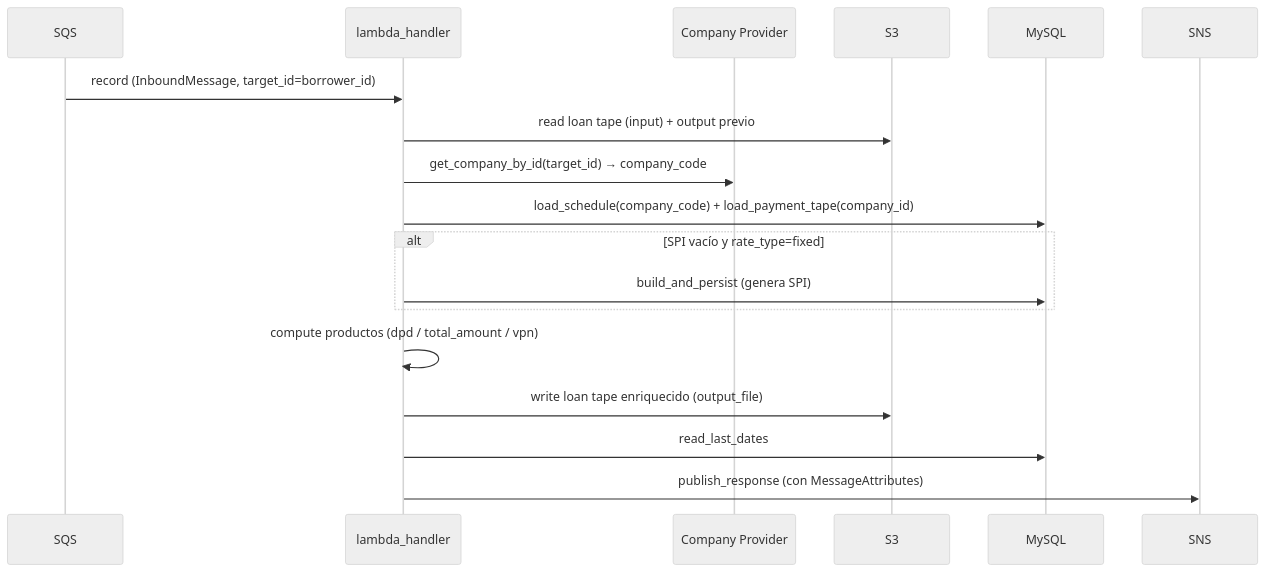
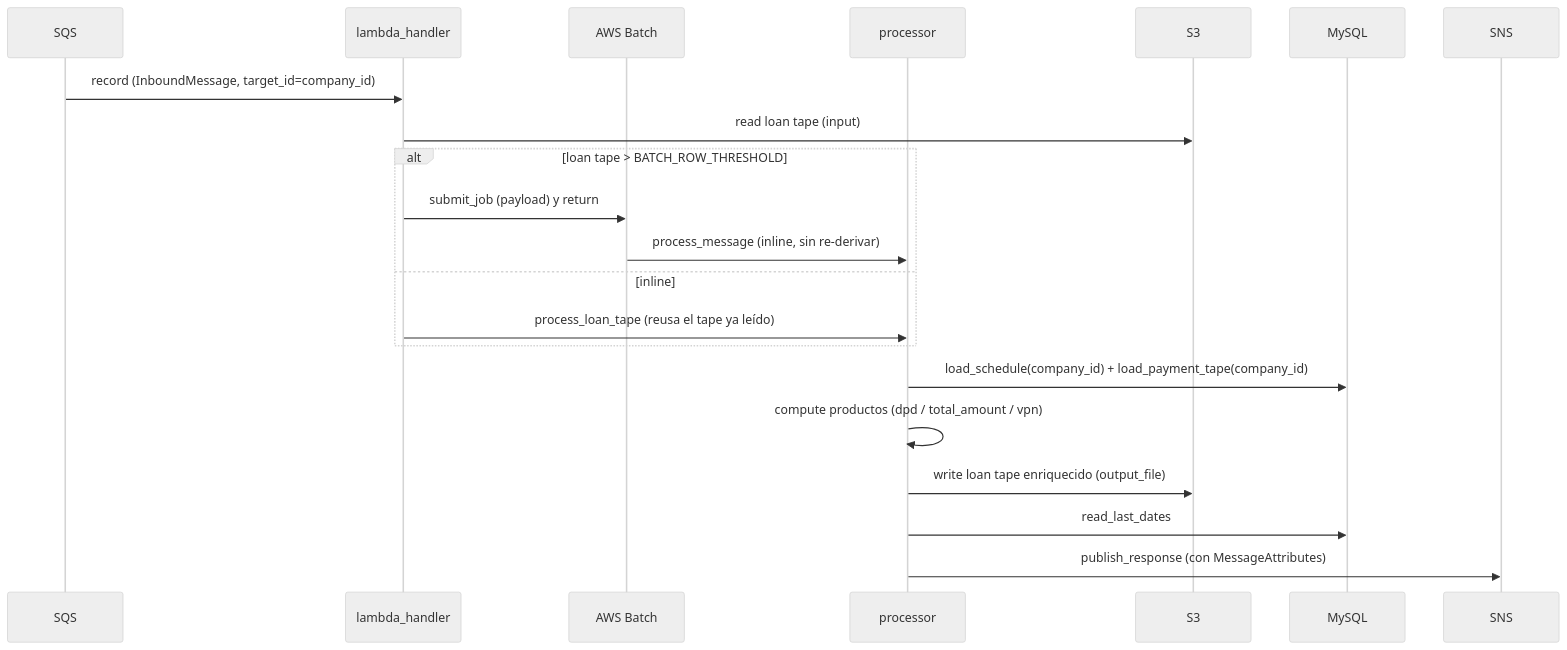
The diagram in docs/how-to-run/execute.md (getvaas/days_past_due), drawn with Mermaid (neutral theme) before and after one commit. The commit also changed other lines of this file and 28 other files, not shown here.

````diff
--- a/docs/how-to-run/execute.md
+++ b/docs/how-to-run/execute.md
@@ -32,20 +21,23 @@
 ```mermaid
 sequenceDiagram
     participant SQS
     participant H as lambda_handler
-    participant CP as Company Provider
+    participant B as AWS Batch
+    participant P as processor
     participant S3
     participant DB as MySQL
     participant SNS
-    SQS->>H: record (InboundMessage, target_id=borrower_id)
-    H->>S3: read loan tape (input) + output previo
-    H->>CP: get_company_by_id(target_id) → company_code
-    H->>DB: load_schedule(company_code) + load_payment_tape(company_id)
-    alt SPI vacío y rate_type=fixed
-        H->>DB: build_and_persist (genera SPI)
+    SQS->>H: record (InboundMessage, target_id=company_id)
+    H->>S3: read loan tape (input)
+    alt loan tape > BATCH_ROW_THRESHOLD
+        H->>B: submit_job (payload) y return
+        B->>P: process_message (inline, sin re-derivar)
+    else inline
+        H->>P: process_loan_tape (reusa el tape ya leído)
     end
-    H->>H: compute productos (dpd / total_amount / vpn)
-    H->>S3: write loan tape enriquecido (output_file)
-    H->>DB: read_last_dates
-    H->>SNS: publish_response (con MessageAttributes)
+    P->>DB: load_schedule(company_id) + load_payment_tape(company_id)
+    P->>P: compute productos (dpd / total_amount / vpn)
+    P->>S3: write loan tape enriquecido (output_file)
+    P->>DB: read_last_dates
+    P->>SNS: publish_response (con MessageAttributes)
 ```
````
